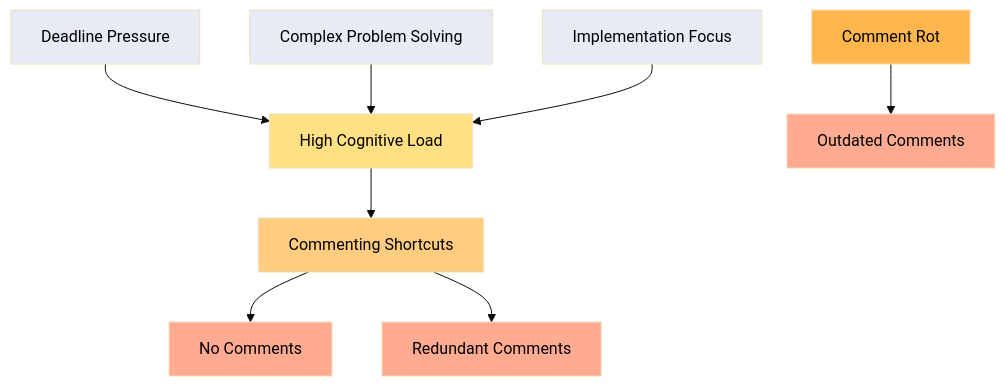
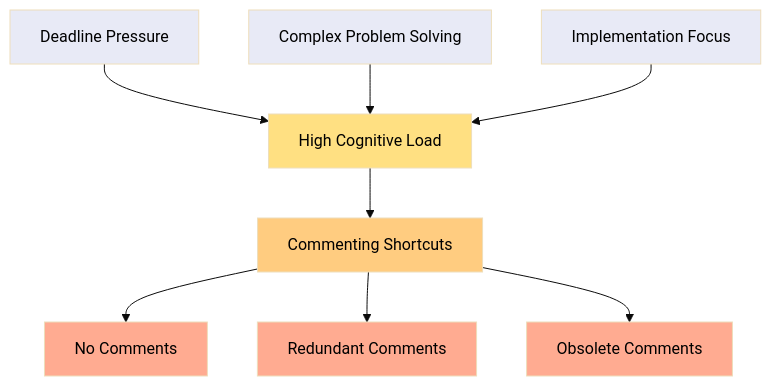
Before and after one commit to IndrajeetPatil/to-comment-or-not: the first of 4 diagrams in index.qmd, drawn with Mermaid (base theme). The commit also changed other lines of this file, not shown here.

Commit message:
tweak docs vs comments

````diff
--- a/index.qmd
+++ b/index.qmd
@@ -109,25 +109,23 @@
 ```{mermaid}
 %%| eval: true
 %%| echo: false
 flowchart TD
     A[Deadline Pressure] --> D[High Cognitive Load]
     B[Complex Problem Solving] --> D
     C[Implementation Focus] --> D
 
     D --> E[Commenting Shortcuts]
 
     E --> F[No Comments]
     E --> G[Redundant Comments]
-
-    H[Comment Rot] --> I[Outdated Comments]
+    E --> H[Obsolete Comments]
 
     style A fill:#E8EAF6,color:#000
     style B fill:#E8EAF6,color:#000
     style C fill:#E8EAF6,color:#000
     style D fill:#FFE082,color:#000
     style E fill:#FFCC80,color:#000
     style F fill:#FFAB91,color:#000
     style G fill:#FFAB91,color:#000
-    style H fill:#FFB74D,color:#000
-    style I fill:#FFAB91,color:#000
+    style H fill:#FFAB91,color:#000
 ```
````
